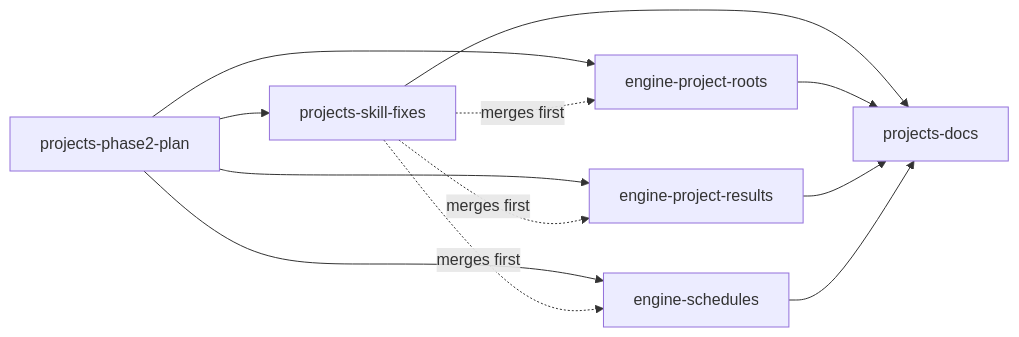
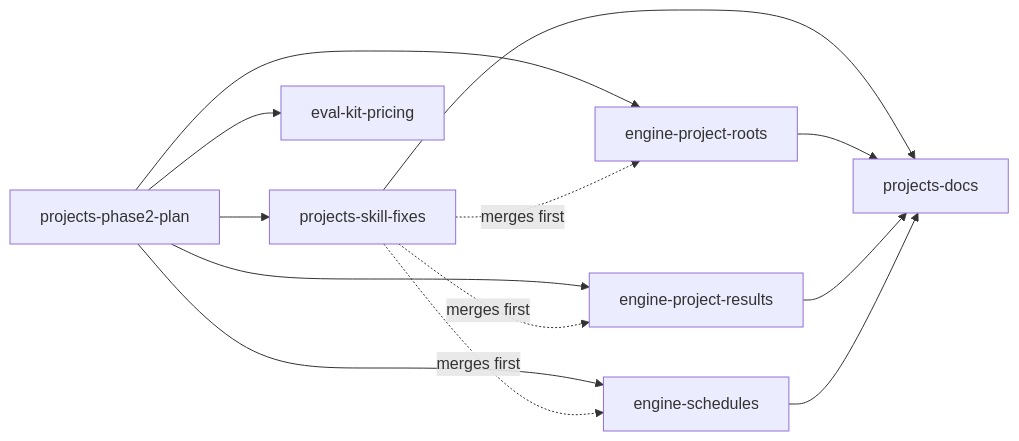
Before and after one commit to ncksol/ai_tools: the diagram in docs/superpowers/plans/2026-11-20-wintermute-projects-phase-2.md, drawn with Mermaid. The commit also changed other lines of this file and 1 other file, not shown here.

First line of the commit message:
docs: list the Phase 2 plan's open review findings per unit; add eval-kit-pricing

````diff
--- a/docs/superpowers/plans/2026-11-20-wintermute-projects-phase-2.md
+++ b/docs/superpowers/plans/2026-11-20-wintermute-projects-phase-2.md
@@ -80,14 +83,15 @@
 ```mermaid
 graph LR
   plan[projects-phase2-plan] --> fixes[projects-skill-fixes]
   plan --> roots[engine-project-roots]
   plan --> results[engine-project-results]
   plan --> schedules[engine-schedules]
   fixes -. merges first .-> roots
   fixes -. merges first .-> results
   fixes -. merges first .-> schedules
   fixes --> docs[projects-docs]
   roots --> docs
   results --> docs
   schedules --> docs
+  plan --> pricing[eval-kit-pricing]
 ```
````
